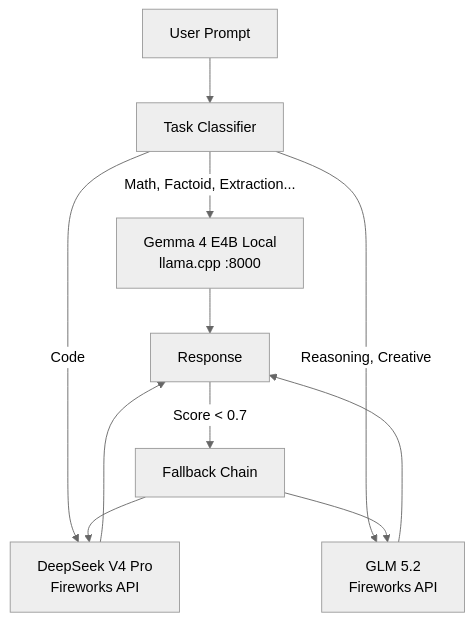
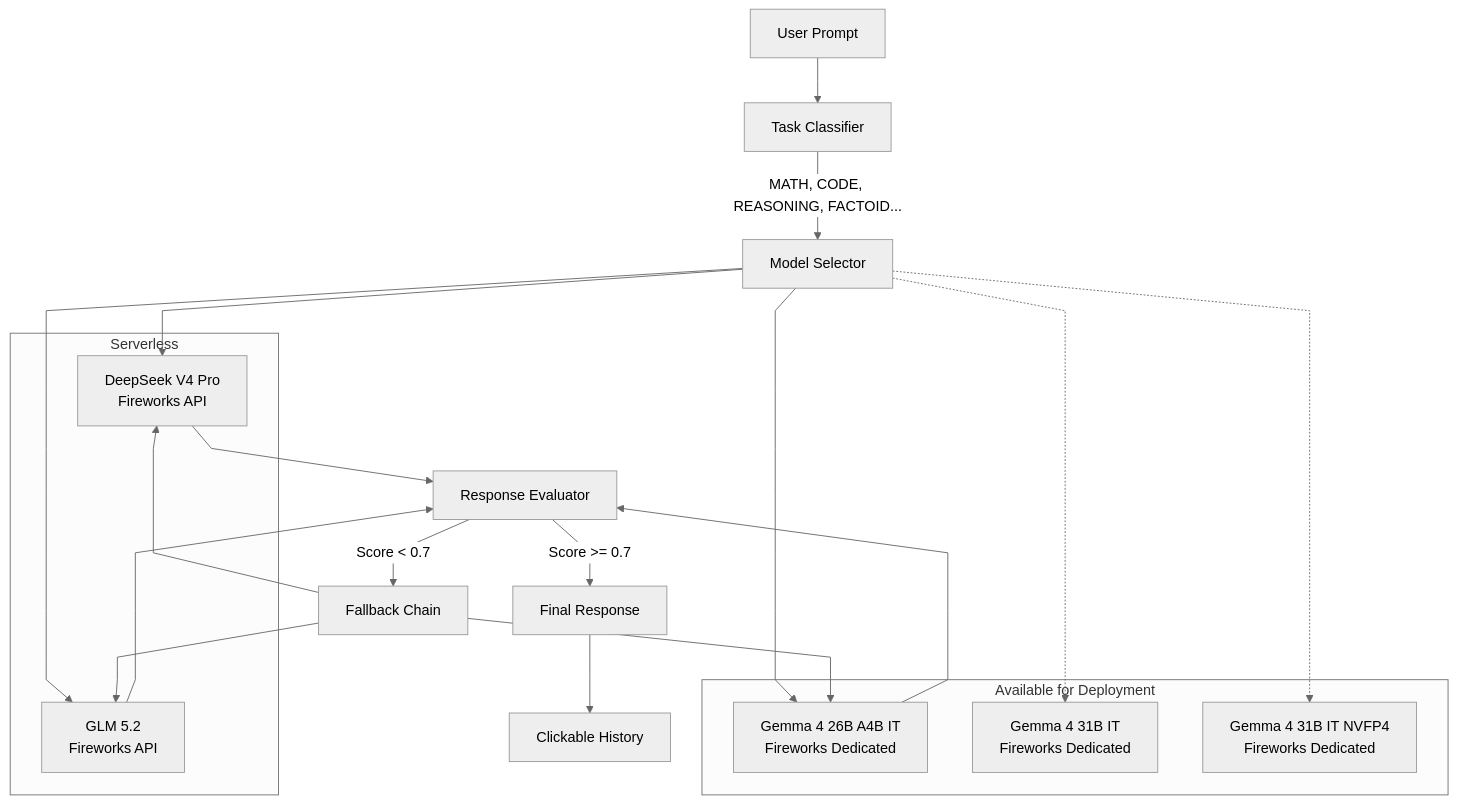
Before and after one commit to PostboxRetinal/amd-hackathon-act2: the diagram in README.md, drawn with Mermaid (neutral theme). The commit also changed other lines of this file and 3 other files, not shown here.

````diff
--- a/README.md
+++ b/README.md
@@ -62,13 +50,35 @@
 ```mermaid
-graph TD
+%%{init: {"flowchart": {"curve": "linear"}} }%%
+flowchart TD
     User[User Prompt] --> Classifier[Task Classifier]
-    Classifier -->|Math, Factoid, Extraction...| Local[Gemma 4 E4B Local<br/>llama.cpp :8000]
-    Classifier -->|Code| DS[DeepSeek V4 Pro<br/>Fireworks API]
-    Classifier -->|Reasoning, Creative| GLM[GLM 5.2<br/>Fireworks API]
-    Local --> Response[Response]
-    DS --> Response
-    GLM --> Response
-    Response -->|Score < 0.7| Fallback[Fallback Chain]
+    Classifier -->|MATH, CODE, REASONING, FACTOID...| Selector[Model Selector]
+
+    subgraph Serverless
+        DS[DeepSeek V4 Pro<br/>Fireworks API]
+        GLM[GLM 5.2<br/>Fireworks API]
+    end
+
+    subgraph Available for Deployment
+        G26B[Gemma 4 26B A4B IT<br/>Fireworks Dedicated]
+        G31B[Gemma 4 31B IT<br/>Fireworks Dedicated]
+        G31BNV[Gemma 4 31B IT NVFP4<br/>Fireworks Dedicated]
+    end
+
+    Selector --> DS
+    Selector --> GLM
+    Selector --> G26B
+    Selector -.-> G31B
+    Selector -.-> G31BNV
+
+    DS --> Evaluator[Response Evaluator]
+    GLM --> Evaluator
+    G26B --> Evaluator
+
+    Evaluator -->|Score >= 0.7| Response[Final Response]
+    Evaluator -->|Score < 0.7| Fallback[Fallback Chain]
     Fallback --> DS
     Fallback --> GLM
+    Fallback --> G26B
+
+    Response --> History[Clickable History]
 ```
````
